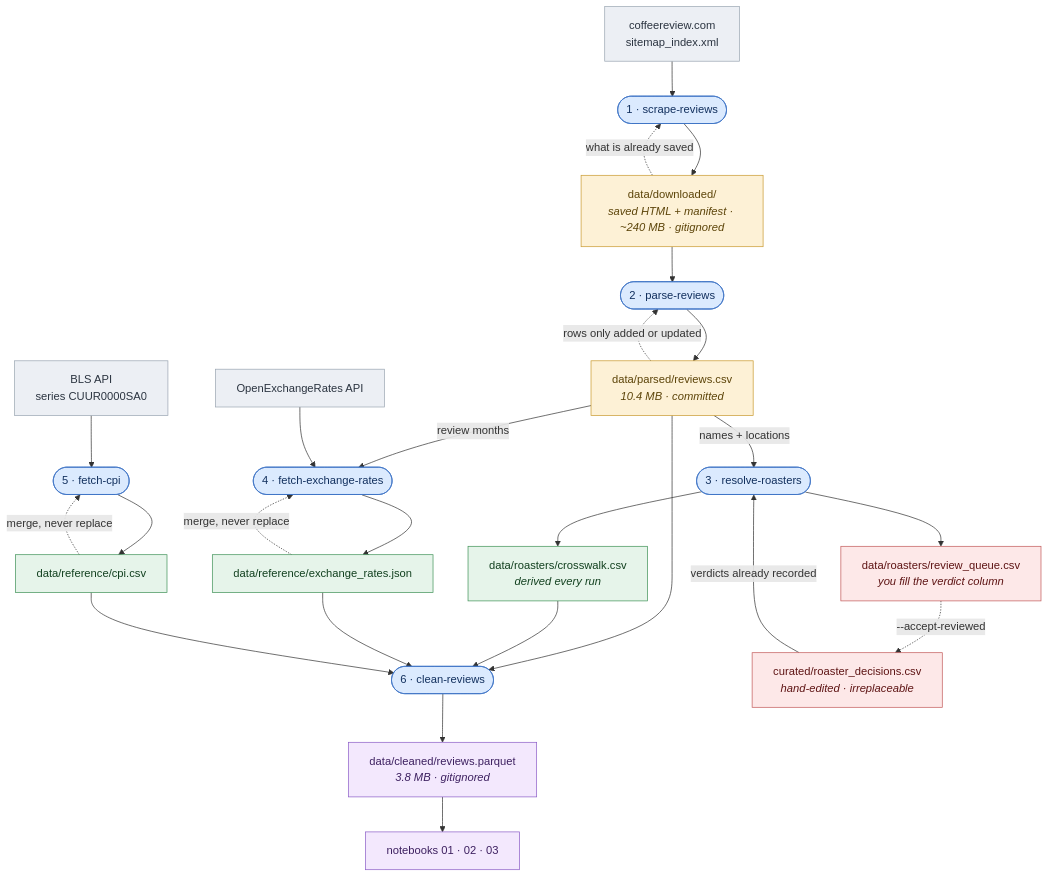
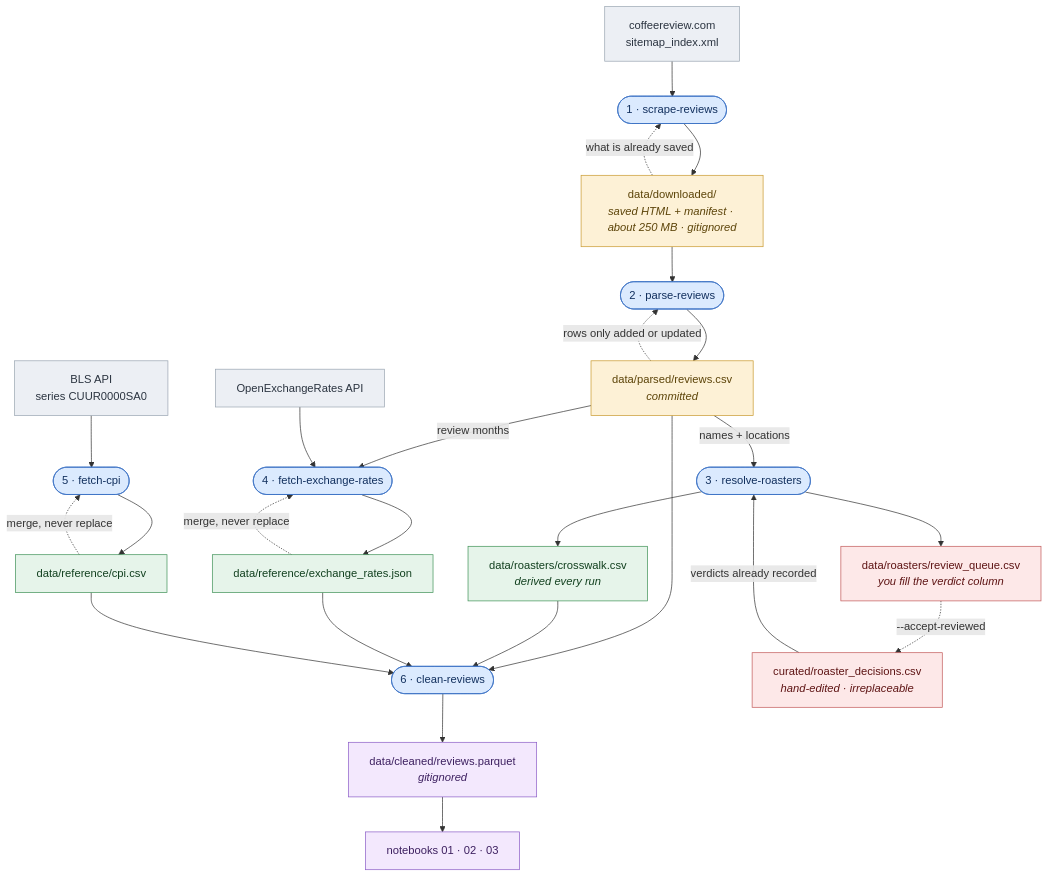
Before and after one commit to tynardone/coffee-review-analysis: the diagram in docs/data-flow.md, drawn with Mermaid. The commit also changed other lines of this file and 1 other file, not shown here.

First line of the commit message:
Bring data-flow.md's figures and wording up to date

````diff
--- a/docs/data-flow.md
+++ b/docs/data-flow.md
@@ -6,56 +6,56 @@
 ```mermaid
 flowchart TD
     classDef ext fill:#eceff4,stroke:#9aa5b1,color:#2b3440
     classDef cmd fill:#dbeafe,stroke:#3b72c4,color:#12305e
     classDef data fill:#fdf1d6,stroke:#c99a2e,color:#5c4409
     classDef ref fill:#e6f4ea,stroke:#3f9257,color:#12401f
     classDef out fill:#f3e8fd,stroke:#8b5cc7,color:#3d2060
     classDef human fill:#fde8e8,stroke:#c25a5a,color:#5e1414
 
     SITE["coffeereview.com<br/>sitemap_index.xml"]:::ext
     OXR["OpenExchangeRates API"]:::ext
     BLSAPI["BLS API<br/>series CUUR0000SA0"]:::ext
 
     SCRAPE(["1 · scrape-reviews"]):::cmd
     PARSE(["2 · parse-reviews"]):::cmd
     RESOLVE(["3 · resolve-roasters"]):::cmd
     FXCMD(["4 · fetch-exchange-rates"]):::cmd
     CPICMD(["5 · fetch-cpi"]):::cmd
     CLEAN(["6 · clean-reviews"]):::cmd
 
-    DOWNLOADED["data/downloaded/<br/><i>saved HTML + manifest · ~240 MB · gitignored</i>"]:::data
-    PARSED["data/parsed/reviews.csv<br/><i>10.4 MB · committed</i>"]:::data
+    DOWNLOADED["data/downloaded/<br/><i>saved HTML + manifest · about 250 MB · gitignored</i>"]:::data
+    PARSED["data/parsed/reviews.csv<br/><i>committed</i>"]:::data
     DEC["curated/roaster_decisions.csv<br/><i>hand-edited · irreplaceable</i>"]:::human
     QUEUE["data/roasters/review_queue.csv<br/><i>you fill the verdict column</i>"]:::human
     XWALK["data/roasters/crosswalk.csv<br/><i>derived every run</i>"]:::ref
     FX["data/reference/exchange_rates.json"]:::ref
     CPI["data/reference/cpi.csv"]:::ref
-    CLEANED["data/cleaned/reviews.parquet<br/><i>3.8 MB · gitignored</i>"]:::out
+    CLEANED["data/cleaned/reviews.parquet<br/><i>gitignored</i>"]:::out
     NB["notebooks 01 · 02 · 03"]:::out
 
     SITE --> SCRAPE --> DOWNLOADED
     DOWNLOADED -. "what is already saved" .-> SCRAPE
     DOWNLOADED --> PARSE --> PARSED
     PARSED -. "rows only added or updated" .-> PARSE
 
     PARSED -- "names + locations" --> RESOLVE
     DEC -- "verdicts already recorded" --> RESOLVE
     RESOLVE --> XWALK
     RESOLVE --> QUEUE
     QUEUE -. "--accept-reviewed" .-> DEC
 
     PARSED -- "review months" --> FXCMD
     OXR --> FXCMD
     FX -. "merge, never replace" .-> FXCMD
     FXCMD --> FX
 
     BLSAPI --> CPICMD
     CPI -. "merge, never replace" .-> CPICMD
     CPICMD --> CPI
 
     PARSED --> CLEAN
     XWALK --> CLEAN
     FX --> CLEAN
     CPI --> CLEAN
     CLEAN --> CLEANED --> NB
 ```
````
